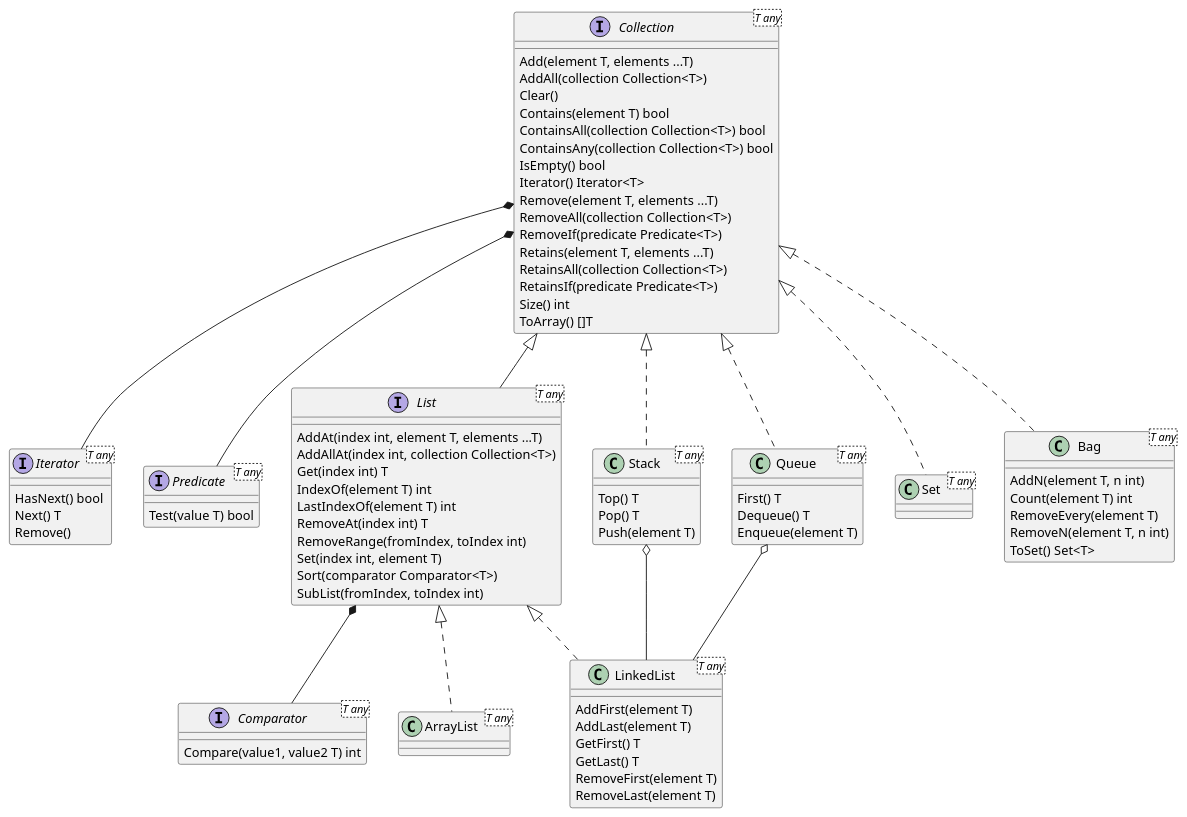
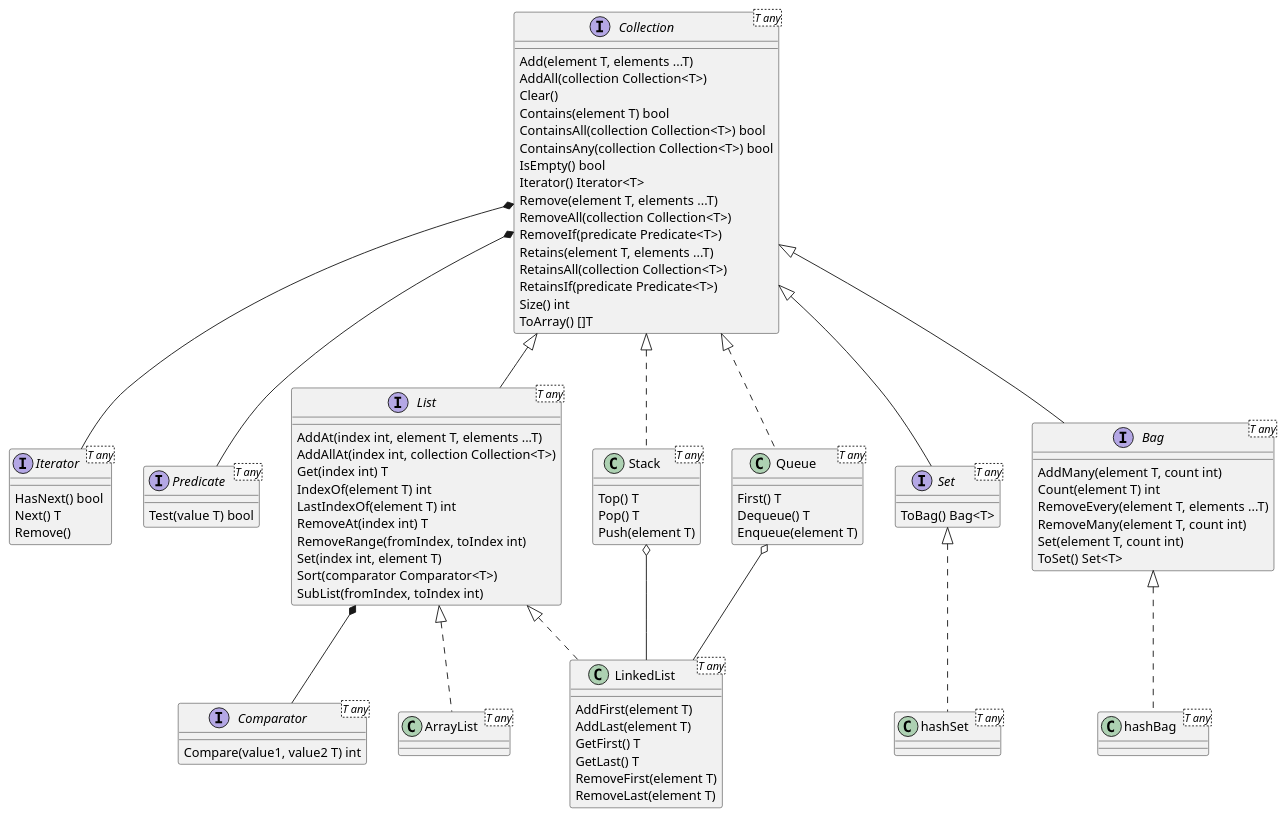
The diagram in docs/gollections.puml (ggpalacio/gollections), drawn with PlantUML before and after one commit. The commit also changed 5 other files, not shown here.

```diff
--- a/docs/gollections.puml
+++ b/docs/gollections.puml
@@ -1,88 +1,95 @@
 @startuml
 
 interface Iterator<T any> {
     HasNext() bool
     Next() T
     Remove()
 }
 
 interface Predicate<T any> {
     Test(value T) bool
 }
 
 interface Comparator<T any> {
     Compare(value1, value2 T) int
 }
 
 interface Collection<T any> {
     Add(element T, elements ...T)
     AddAll(collection Collection<T>)
     Clear()
     Contains(element T) bool
     ContainsAll(collection Collection<T>) bool
     ContainsAny(collection Collection<T>) bool
     IsEmpty() bool
     Iterator() Iterator<T>
     Remove(element T, elements ...T)
     RemoveAll(collection Collection<T>)
     RemoveIf(predicate Predicate<T>)
     Retains(element T, elements ...T)
     RetainsAll(collection Collection<T>)
     RetainsIf(predicate Predicate<T>)
     Size() int
     ToArray() []T
 }
 
 interface List<T any> extends Collection {
     AddAt(index int, element T, elements ...T)
     AddAllAt(index int, collection Collection<T>)
     Get(index int) T
     IndexOf(element T) int
     LastIndexOf(element T) int
     RemoveAt(index int) T
     RemoveRange(fromIndex, toIndex int)
     Set(index int, element T)
     Sort(comparator Comparator<T>)
     SubList(fromIndex, toIndex int)
 }
 
 class ArrayList<T any> implements List
 
 class LinkedList<T any> implements List {
     AddFirst(element T)
     AddLast(element T)
     GetFirst() T
     GetLast() T
     RemoveFirst(element T)
     RemoveLast(element T)
 }
 
 class Stack<T any> implements Collection {
     Top() T
     Pop() T
     Push(element T)
 }
 
 class Queue<T any> implements Collection {
     First() T
     Dequeue() T
     Enqueue(element T)
 }
 
-class Set<T any> implements Collection
+interface Set<T any> extends Collection {
+    ToBag() Bag<T>
+}
 
-class Bag<T any> implements Collection {
-    AddN(element T, n int)
+interface Bag<T any> extends Collection {
+    AddMany(element T, count int)
     Count(element T) int
-    RemoveEvery(element T)
-    RemoveN(element T, n int)
+    RemoveEvery(element T, elements ...T)
+    RemoveMany(element T, count int)
+    Set(element T, count int)
     ToSet() Set<T>
 }
+
+class hashSet<T any> implements Set {}
+
+class hashBag<T any> implements Bag {}
 
 Collection *-- Iterator
 Collection *-- Predicate
 List *-- Comparator
 Stack o-- LinkedList
 Queue o-- LinkedList
 
 @enduml
```
